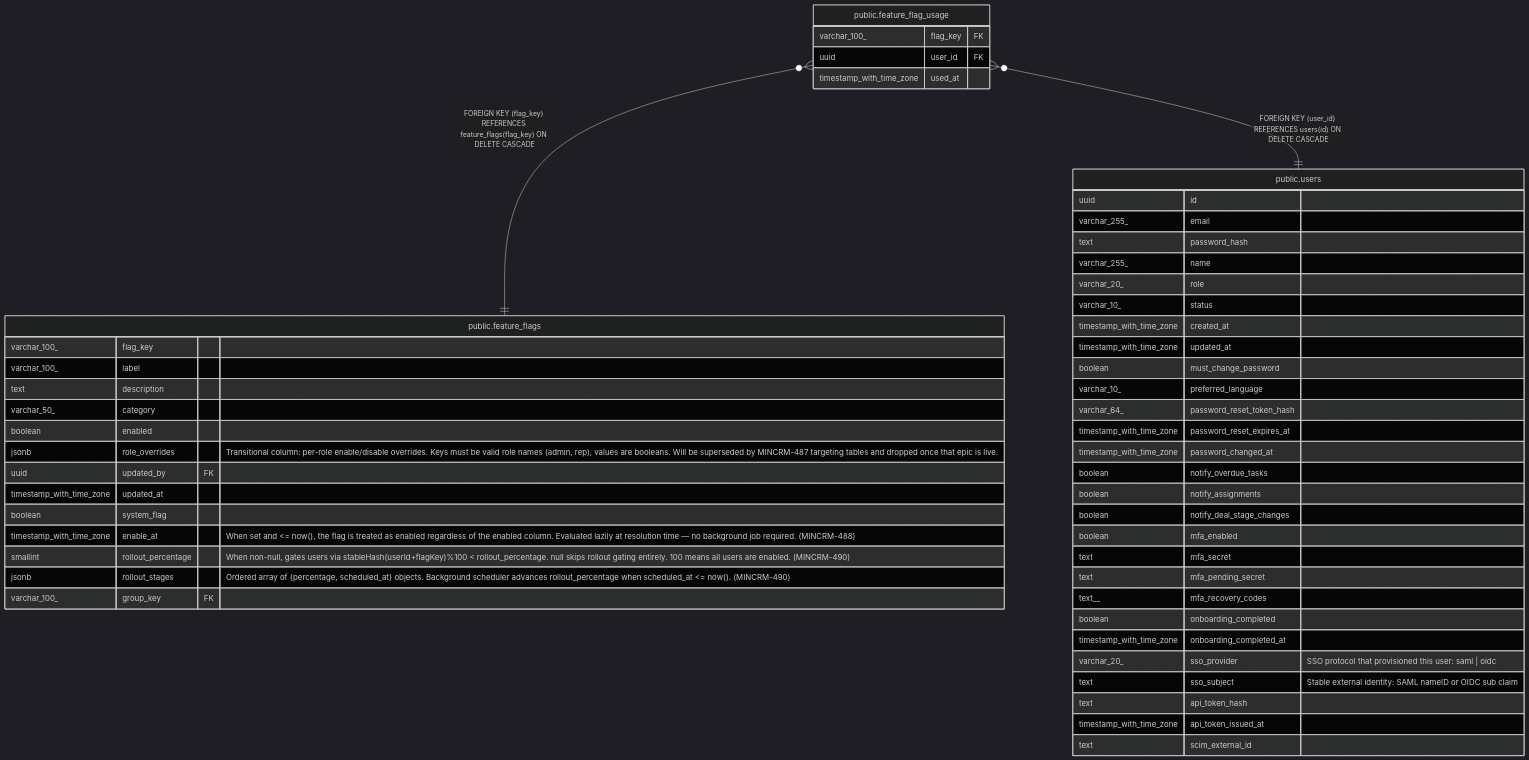
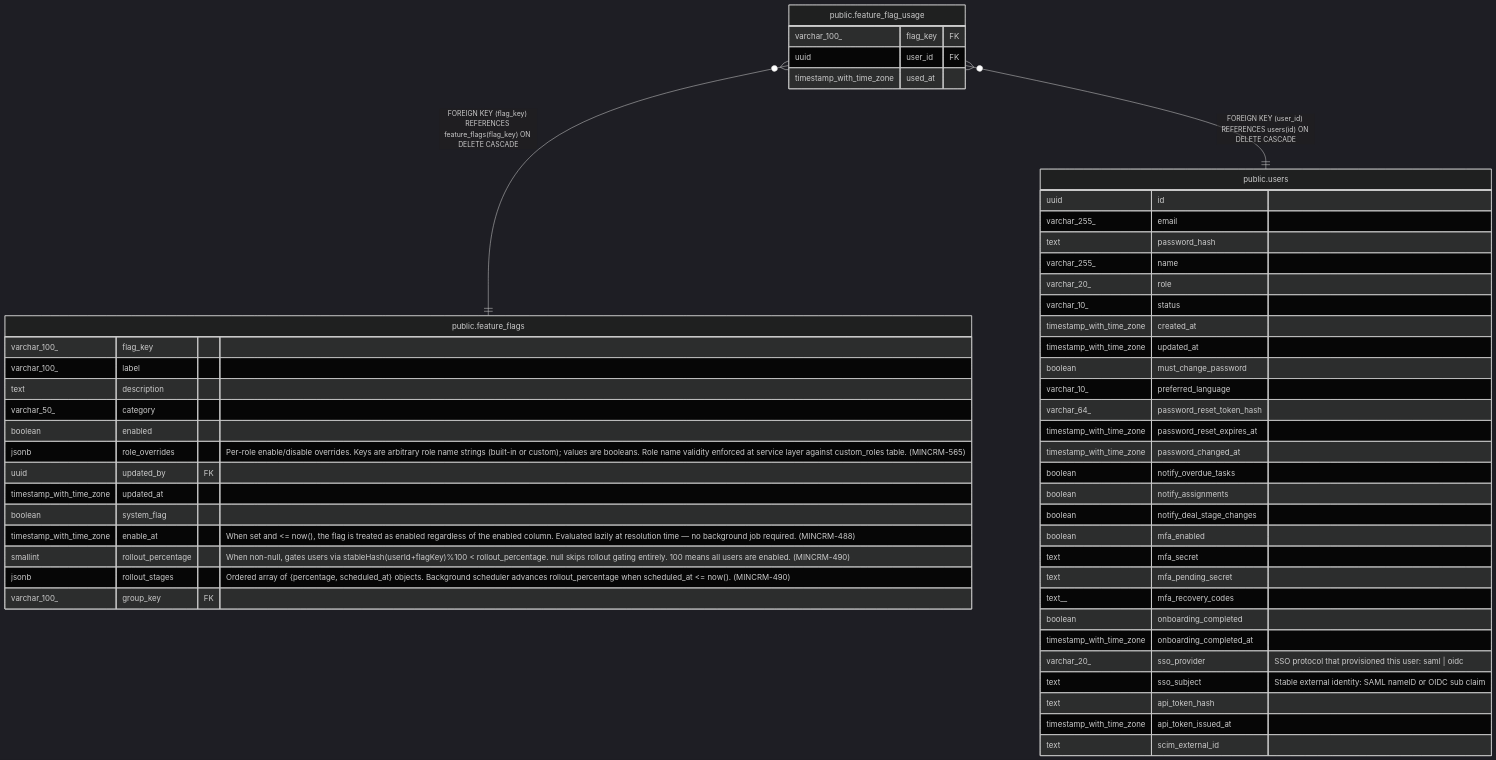
The diagram in docs/schema/public.feature_flag_usage.md (rkseattle/minicrm), drawn with Mermaid (dark theme) before and after one commit. The commit also changed 12 other files, not shown here.

````diff
--- a/docs/schema/public.feature_flag_usage.md
+++ b/docs/schema/public.feature_flag_usage.md
@@ -29,56 +29,56 @@
 ```mermaid
 erDiagram
 
 "public.feature_flag_usage" }o--|| "public.feature_flags" : "FOREIGN KEY (flag_key) REFERENCES feature_flags(flag_key) ON DELETE CASCADE"
 "public.feature_flag_usage" }o--|| "public.users" : "FOREIGN KEY (user_id) REFERENCES users(id) ON DELETE CASCADE"
 
 "public.feature_flag_usage" {
   varchar_100_ flag_key FK ""
   uuid user_id FK ""
   timestamp_with_time_zone used_at ""
 }
 "public.feature_flags" {
   varchar_100_ flag_key ""
   varchar_100_ label ""
   text description ""
   varchar_50_ category ""
   boolean enabled ""
-  jsonb role_overrides "Transitional column: per-role enable/disable overrides. Keys must be valid role names (admin, rep), values are booleans. Will be superseded by MINCRM-487 targeting tables and dropped once that epic is live."
+  jsonb role_overrides "Per-role enable/disable overrides. Keys are arbitrary role name strings (built-in or custom); values are booleans. Role name validity enforced at service layer against custom_roles table. (MINCRM-565)"
   uuid updated_by FK ""
   timestamp_with_time_zone updated_at ""
   boolean system_flag ""
   timestamp_with_time_zone enable_at "When set and <= now(), the flag is treated as enabled regardless of the enabled column. Evaluated lazily at resolution time — no background job required. (MINCRM-488)"
   smallint rollout_percentage "When non-null, gates users via stableHash(userId+flagKey)%100 < rollout_percentage. null skips rollout gating entirely. 100 means all users are enabled. (MINCRM-490)"
   jsonb rollout_stages "Ordered array of {percentage, scheduled_at} objects. Background scheduler advances rollout_percentage when scheduled_at <= now(). (MINCRM-490)"
   varchar_100_ group_key FK ""
 }
 "public.users" {
   uuid id ""
   varchar_255_ email ""
   text password_hash ""
   varchar_255_ name ""
   varchar_20_ role ""
   varchar_10_ status ""
   timestamp_with_time_zone created_at ""
   timestamp_with_time_zone updated_at ""
   boolean must_change_password ""
   varchar_10_ preferred_language ""
   varchar_64_ password_reset_token_hash ""
   timestamp_with_time_zone password_reset_expires_at ""
   timestamp_with_time_zone password_changed_at ""
   boolean notify_overdue_tasks ""
   boolean notify_assignments ""
   boolean notify_deal_stage_changes ""
   boolean mfa_enabled ""
   text mfa_secret ""
   text mfa_pending_secret ""
   text__ mfa_recovery_codes ""
   boolean onboarding_completed ""
   timestamp_with_time_zone onboarding_completed_at ""
   varchar_20_ sso_provider "SSO protocol that provisioned this user: saml | oidc"
   text sso_subject "Stable external identity: SAML nameID or OIDC sub claim"
   text api_token_hash ""
   timestamp_with_time_zone api_token_issued_at ""
   text scim_external_id ""
 }
 ```
````
